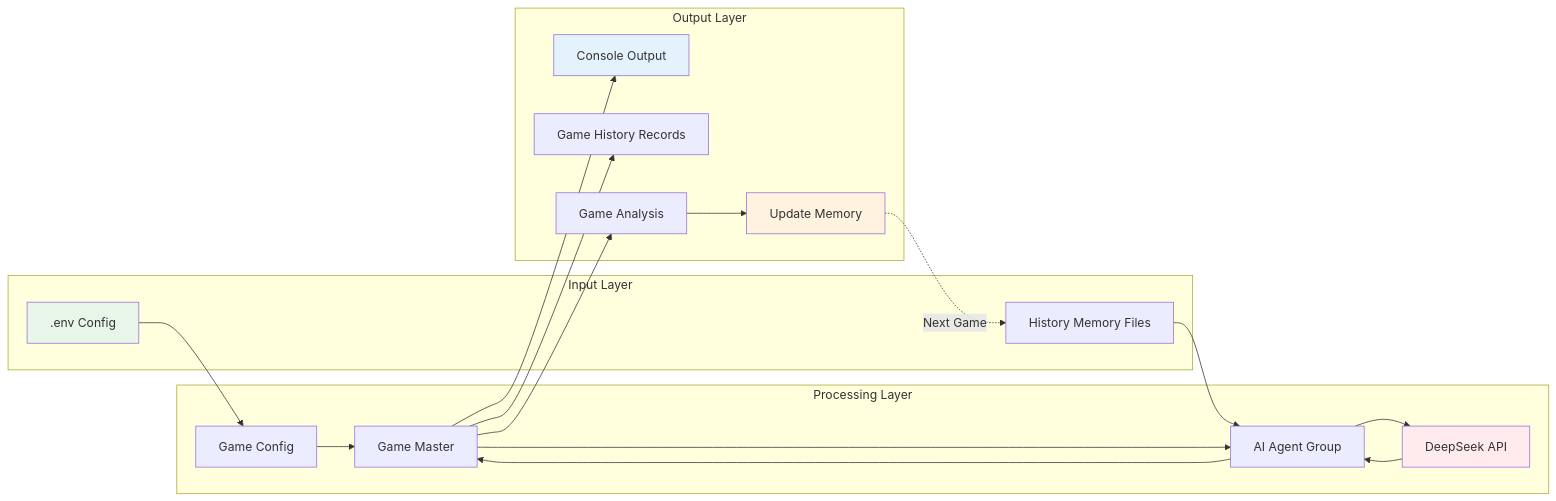
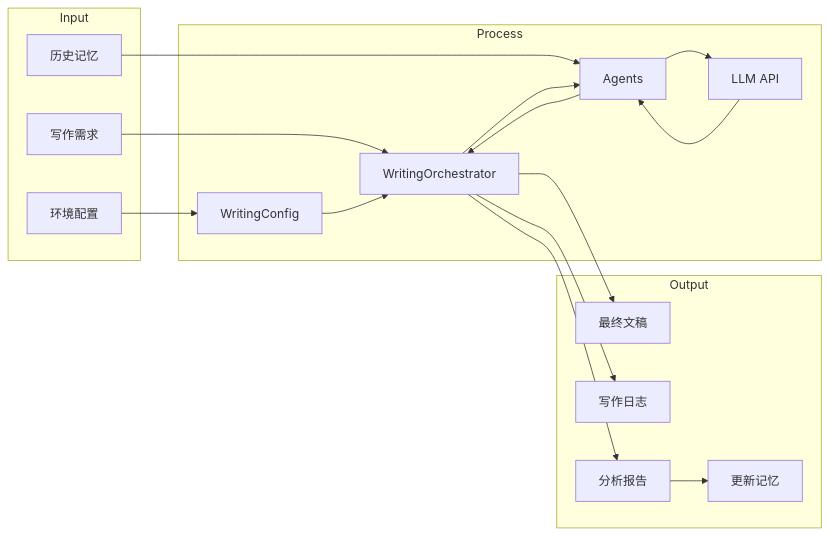
The ninth of 9 diagrams in README.md (ddssmm1/ai-writing-workflow), drawn with Mermaid before and after one commit. The commit also changed other lines of this file, not shown here.

````diff
--- a/README.md
+++ b/README.md
@@ -371,42 +283,37 @@
 ```mermaid
 graph LR
-    subgraph "Input Layer"
-        ENV[.env Config]
-        Memory[History Memory Files]
+    subgraph Input
+        UserReq[写作需求]
+        Env[环境配置]
+        PastMem[历史记忆]
     end
 
-    subgraph "Processing Layer"
-        Config[Game Config]
-        GameMaster[Game Master]
-        Agents[AI Agent Group]
-        API[DeepSeek API]
+    subgraph Process
+        Config[WritingConfig]
+        Orchestrator[WritingOrchestrator]
+        Agents[Agents]
+        API[LLM API]
     end
 
-    subgraph "Output Layer"
-        Console[Console Output]
-        History[Game History Records]
-        Analysis[Game Analysis]
-        NewMemory[Update Memory]
+    subgraph Output
+        DraftOut[最终文稿]
+        Log[写作日志]
+        Ana[分析报告]
+        NewMem[更新记忆]
     end
 
-    ENV --> Config
-    Memory --> Agents
+    UserReq --> Orchestrator
+    Env --> Config
+    Config --> Orchestrator
 
-    Config --> GameMaster
-    GameMaster --> Agents
+    PastMem --> Agents
+    Orchestrator --> Agents
     Agents --> API
     API --> Agents
-    Agents --> GameMaster
+    Agents --> Orchestrator
 
-    GameMaster --> Console
-    GameMaster --> History
-    GameMaster --> Analysis
-    Analysis --> NewMemory
-
-    NewMemory -.Next Game.-> Memory
-
-    style ENV fill:#E8F5E9
-    style API fill:#FFEBEE
-    style Console fill:#E3F2FD
-    style NewMemory fill:#FFF3E0
+    Orchestrator --> DraftOut
+    Orchestrator --> Log
+    Orchestrator --> Ana
+    Ana --> NewMem
 ```
````
